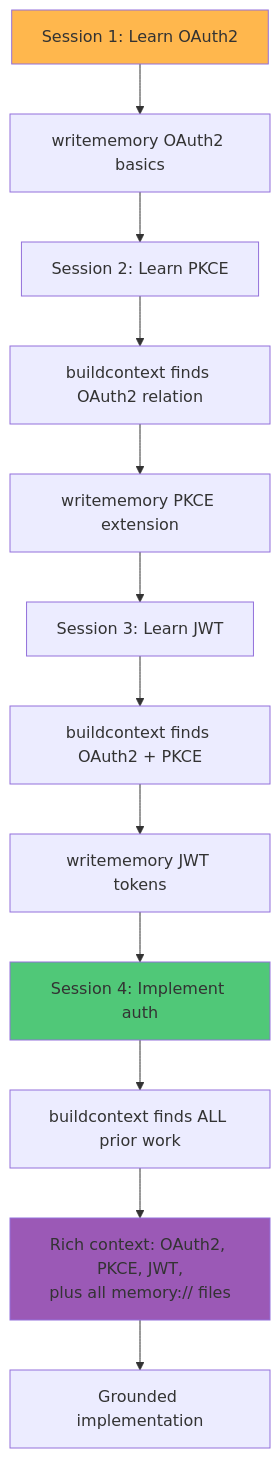
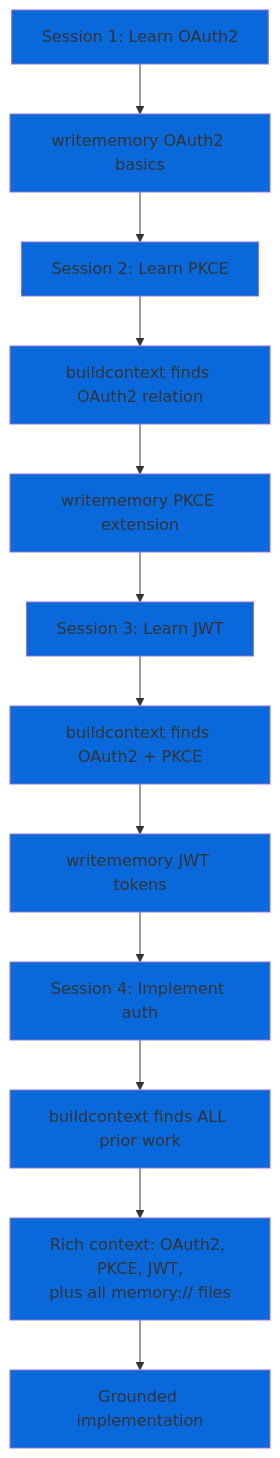
One commit to msbrettorg/maenifold changed the seventh of 7 diagrams in integrations/skills/maenifold/README.md. Above: the diagram before and after it, drawn with Mermaid. The commit also changed other lines of this file and 31 other files, not shown here.

````diff
--- a/integrations/skills/maenifold/README.md
+++ b/integrations/skills/maenifold/README.md
@@ -261,23 +275,32 @@
 ```mermaid
 graph TD
     Session1["Session 1: Learn OAuth2"] --> Write1["writememory OAuth2 basics"]
 
     Session2["Session 2: Learn PKCE"] --> Build2["buildcontext finds OAuth2 relation"]
     Build2 --> Write2["writememory PKCE extension"]
 
     Session3["Session 3: Learn JWT"] --> Build3["buildcontext finds OAuth2 + PKCE"]
     Build3 --> Write3["writememory JWT tokens"]
 
     Session4["Session 4: Implement auth"] --> Build4["buildcontext finds ALL prior work"]
     Build4 --> Rich["Rich context: OAuth2, PKCE, JWT,<br/>plus all memory:// files"]
 
     Rich --> Answer4["Grounded implementation"]
 
     Write1 --> Session2
     Write2 --> Session3
     Write3 --> Session4
 
-    style Session1 fill:#FFB74D
-    style Session4 fill:#50C878
-    style Rich fill:#9B59B6
+    style Session1 fill:#0969DA
+    style Write1 fill:#0969DA
+    style Session2 fill:#0969DA
+    style Build2 fill:#0969DA
+    style Write2 fill:#0969DA
+    style Session3 fill:#0969DA
+    style Build3 fill:#0969DA
+    style Write3 fill:#0969DA
+    style Session4 fill:#0969DA
+    style Build4 fill:#0969DA
+    style Rich fill:#0969DA
+    style Answer4 fill:#0969DA
 ```
````
